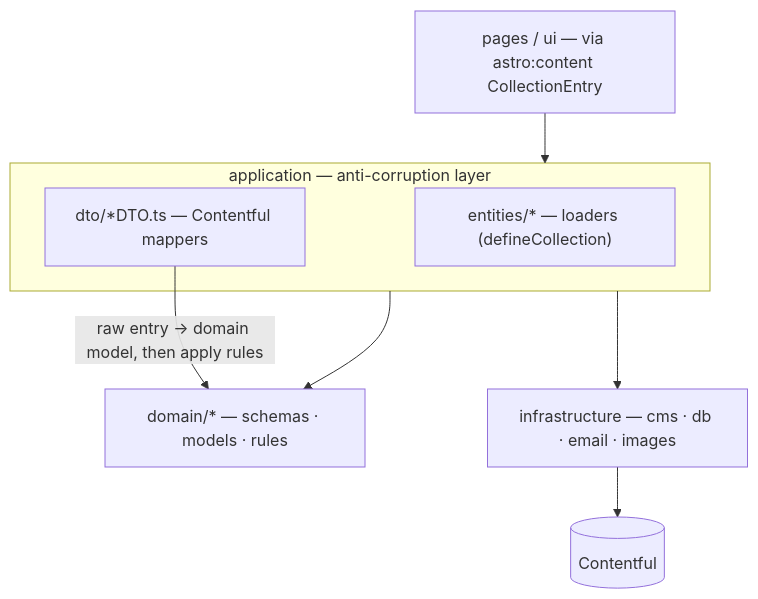
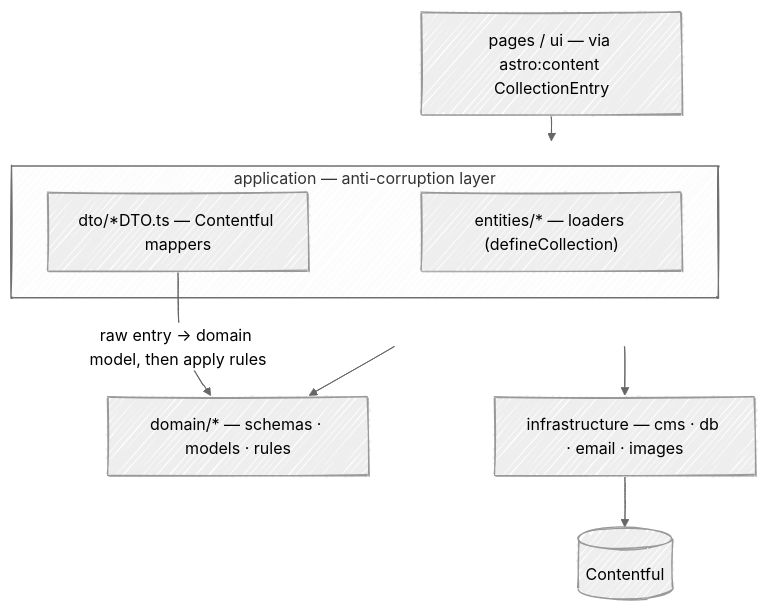
Before and after one commit to fbuireu/biancafiore: the diagram in docs/adr/0012-pragmatic-ddd-domain-layer-anti-corruption-layer.md, drawn with Mermaid.

Commit message:
docs: draw the ADR 0012 layer map in the hand-drawn style

````diff
--- a/docs/adr/0012-pragmatic-ddd-domain-layer-anti-corruption-layer.md
+++ b/docs/adr/0012-pragmatic-ddd-domain-layer-anti-corruption-layer.md
@@ -23,12 +23,17 @@
 ```mermaid
+---
+config:
+  look: handDrawn
+  theme: neutral
+---
 flowchart TD
     UI["pages / ui — via astro:content CollectionEntry"] --> APP
     subgraph APP["application — anti-corruption layer"]
       L["entities/* — loaders (defineCollection)"]
       M["dto/*DTO.ts — Contentful mappers"]
     end
     APP --> DOM["domain/* — schemas · models · rules"]
     APP --> INFRA["infrastructure — cms · db · email · images"]
     INFRA --> CMS[("Contentful")]
     M -- "raw entry → domain model, then apply rules" --> DOM
 ```
````
